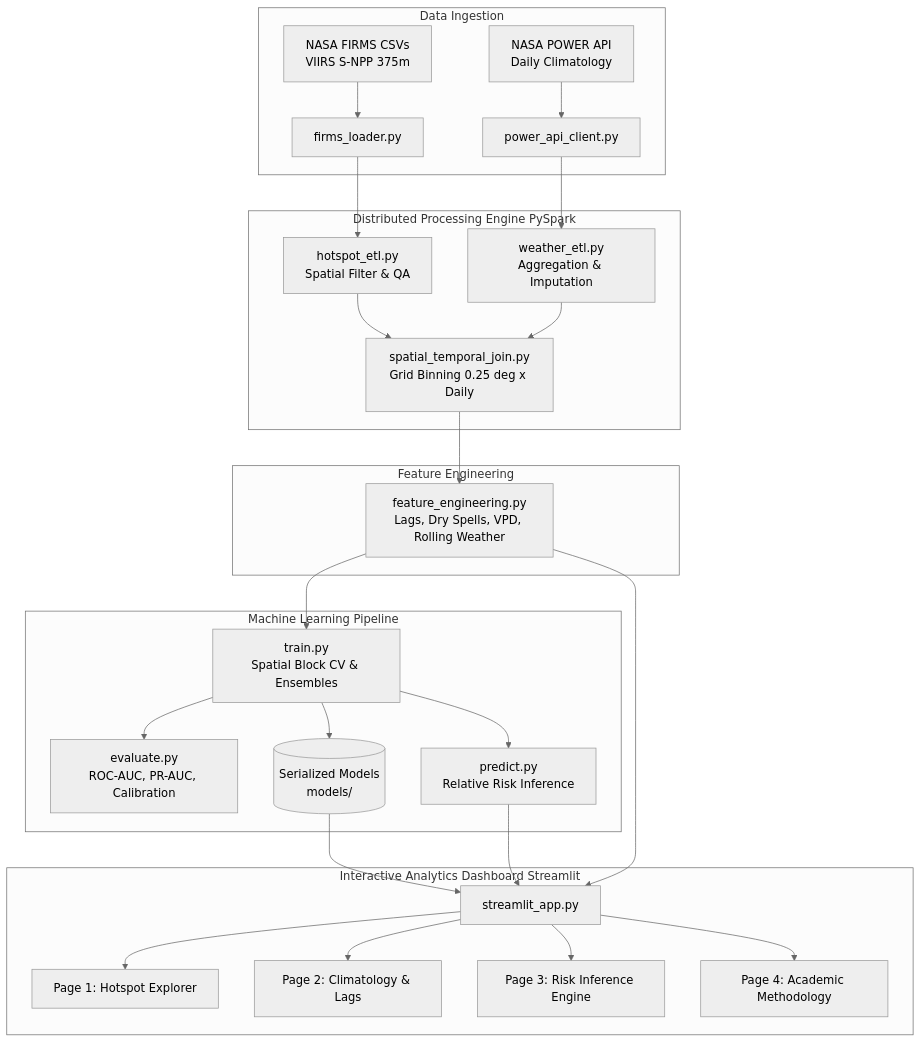
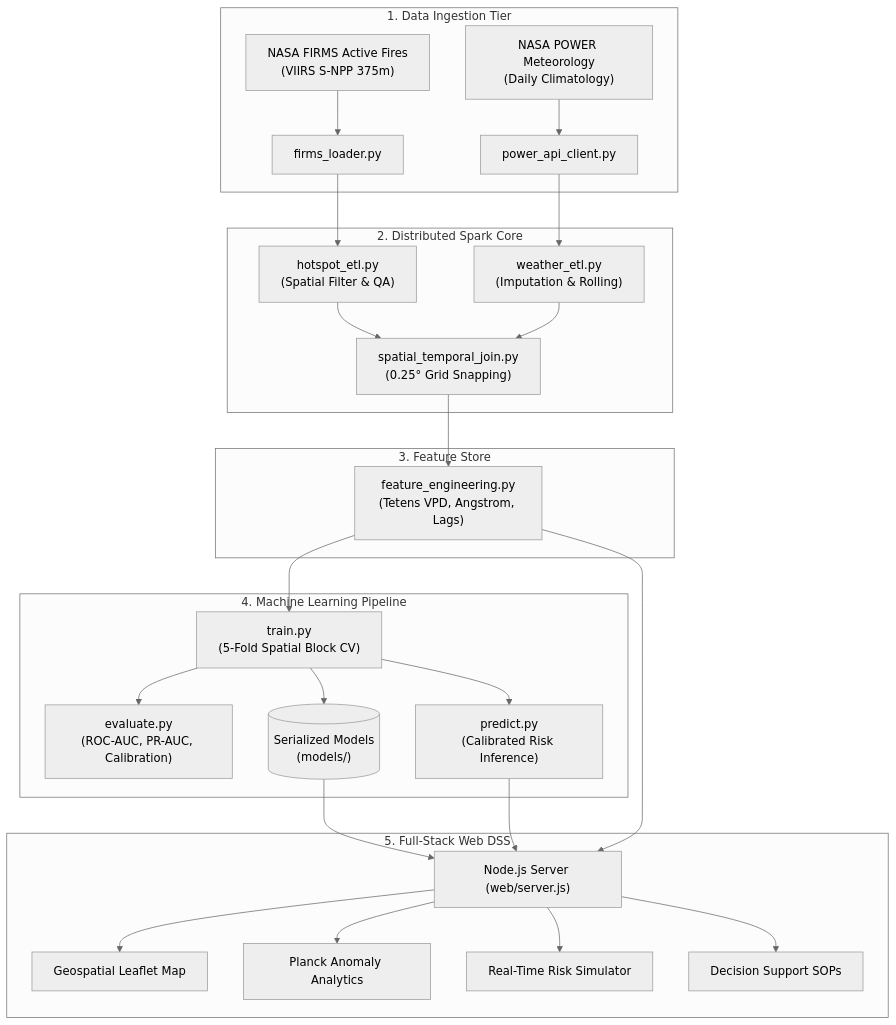
The diagram in README.md (AKsh467/Wildfire-risk-intelligence), drawn with Mermaid (neutral theme) before and after one commit. The commit also changed other lines of this file and 13 other files, not shown here.

Commit message:
Fix Mermaid diagram syntax for GitHub renderer and add high-resolution figures

````diff
--- a/README.md
+++ b/README.md
@@ -60,33 +62,35 @@
 ```mermaid
 flowchart TD
-    subgraph Data Ingestion
-        A[NASA FIRMS CSVs<br/>VIIRS S-NPP 375m] --> D1[firms_loader.py]
-        B[NASA POWER API<br/>Daily Climatology] --> D2[power_api_client.py]
+    subgraph S1 ["1. Data Ingestion Tier"]
+        A["NASA FIRMS Active Fires<br/>(VIIRS S-NPP 375m)"] --> D1["firms_loader.py"]
+        B["NASA POWER Meteorology<br/>(Daily Climatology)"] --> D2["power_api_client.py"]
     end
 
-    subgraph Distributed Processing Engine PySpark
-        D1 --> E1[hotspot_etl.py<br/>Spatial Filter & QA]
-        D2 --> E2[weather_etl.py<br/>Aggregation & Imputation]
-        E1 & E2 --> E3[spatial_temporal_join.py<br/>Grid Binning 0.25 deg x Daily]
+    subgraph S2 ["2. Distributed Spark Core"]
+        D1 --> E1["hotspot_etl.py<br/>(Spatial Filter & QA)"]
+        D2 --> E2["weather_etl.py<br/>(Imputation & Rolling)"]
+        E1 --> E3["spatial_temporal_join.py<br/>(0.25° Grid Snapping)"]
+        E2 --> E3
     end
 
-    subgraph Feature Engineering
-        E3 --> F1[feature_engineering.py<br/>Lags, Dry Spells, VPD, Rolling Weather]
+    subgraph S3 ["3. Feature Store"]
+        E3 --> F1["feature_engineering.py<br/>(Tetens VPD, Angstrom, Lags)"]
     end
 
-    subgraph Machine Learning Pipeline
-        F1 --> G1[train.py<br/>Spatial Block CV & Ensembles]
-        G1 --> G2[evaluate.py<br/>ROC-AUC, PR-AUC, Calibration]
-        G1 --> G3[predict.py<br/>Relative Risk Inference]
-        G1 --> M[(Serialized Models<br/>models/)]
+    subgraph S4 ["4. Machine Learning Pipeline"]
+        F1 --> G1["train.py<br/>(5-Fold Spatial Block CV)"]
+        G1 --> G2["evaluate.py<br/>(ROC-AUC, PR-AUC, Calibration)"]
+        G1 --> G3["predict.py<br/>(Calibrated Risk Inference)"]
+        G1 --> M[("Serialized Models<br/>(models/)")]
     end
 
-    subgraph Interactive Analytics Dashboard Streamlit
-        M & G3 --> H[streamlit_app.py]
+    subgraph S5 ["5. Full-Stack Web DSS"]
+        M --> H["Node.js Server (web/server.js)"]
+        G3 --> H
         F1 --> H
-        H --> P1[Page 1: Hotspot Explorer]
-        H --> P2[Page 2: Climatology & Lags]
-        H --> P3[Page 3: Risk Inference Engine]
-        H --> P4[Page 4: Academic Methodology]
+        H --> P1["Geospatial Leaflet Map"]
+        H --> P2["Planck Anomaly Analytics"]
+        H --> P3["Real-Time Risk Simulator"]
+        H --> P4["Decision Support SOPs"]
     end
 ```
````
